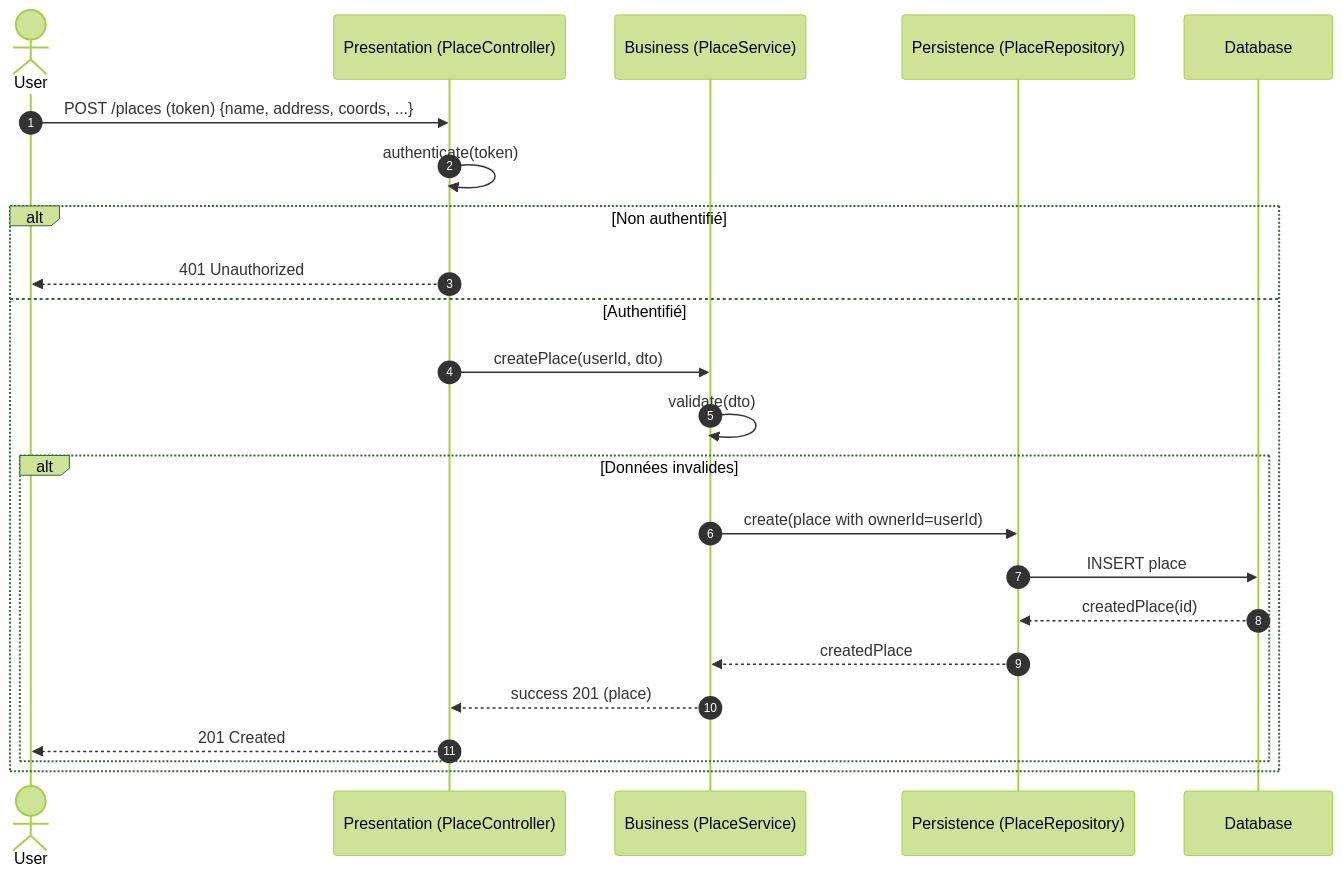
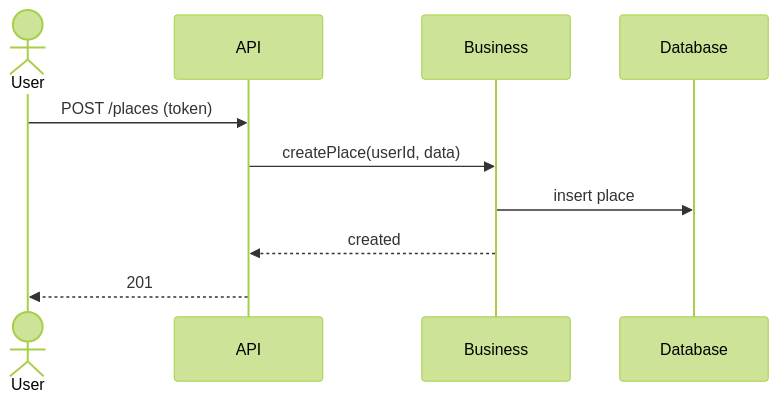
One commit to lorenzoanselme/holbertonschool-hbnb changed the fourth of 6 diagrams in part1/README.md. Above: the diagram before and after it, drawn with Mermaid (forest theme). The commit also changed other lines of this file, not shown here.

Commit message:
Refactor: Simplify sequence diagrams for user registration, place creation, and review submission in documentation

````diff
--- a/part1/README.md
+++ b/part1/README.md
@@ -295,30 +283,13 @@
 ```mermaid
 sequenceDiagram
-autonumber
 actor User
-participant API as Presentation (PlaceController)
-participant BL as Business (PlaceService)
-participant Repo as Persistence (PlaceRepository)
+participant API as API
+participant Service as Business
 participant DB as Database
 
-User->>API: POST /places (token) {name, address, coords, ...}
-API->>API: authenticate(token)
-
-alt Non authentifié
-  API-->>User: 401 Unauthorized
-else Authentifié
-  API->>BL: createPlace(userId, dto)
-  BL->>BL: validate(dto)
-
-  alt Données invalides
-    BL->>Repo: create(place with ownerId=userId)
-    Repo->>DB: INSERT place
-    DB-->>Repo: createdPlace(id)
-    Repo-->>BL: createdPlace
-
-    BL-->>API: success 201 (place)
-    API-->>User: 201 Created
-  end
-end
-
+User->>API: POST /places (token)
+API->>Service: createPlace(userId, data)
+Service->>DB: insert place
+Service-->>API: created
+API-->>User: 201
 ```
````
